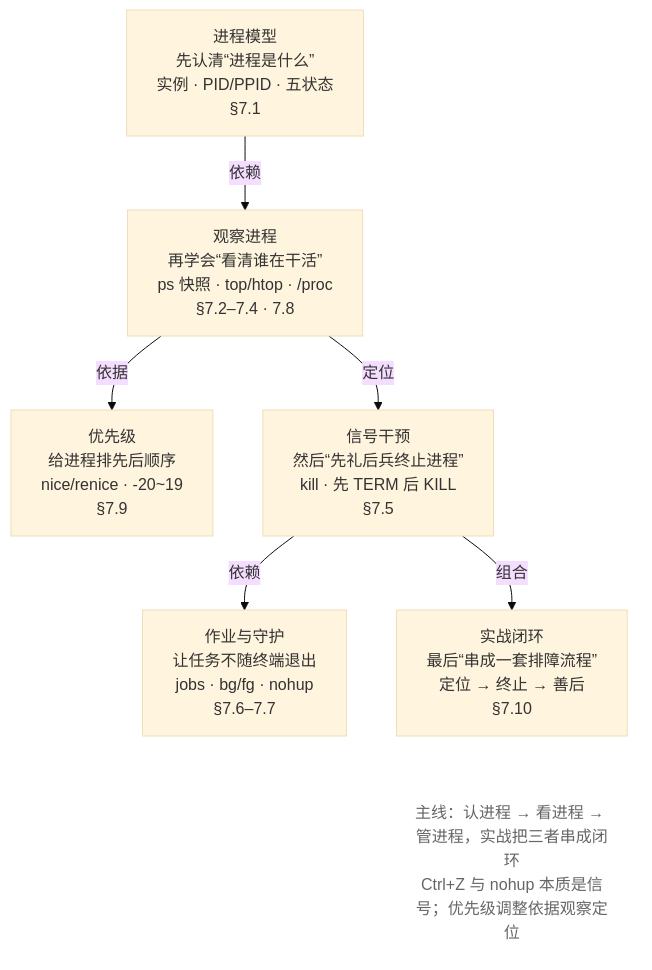
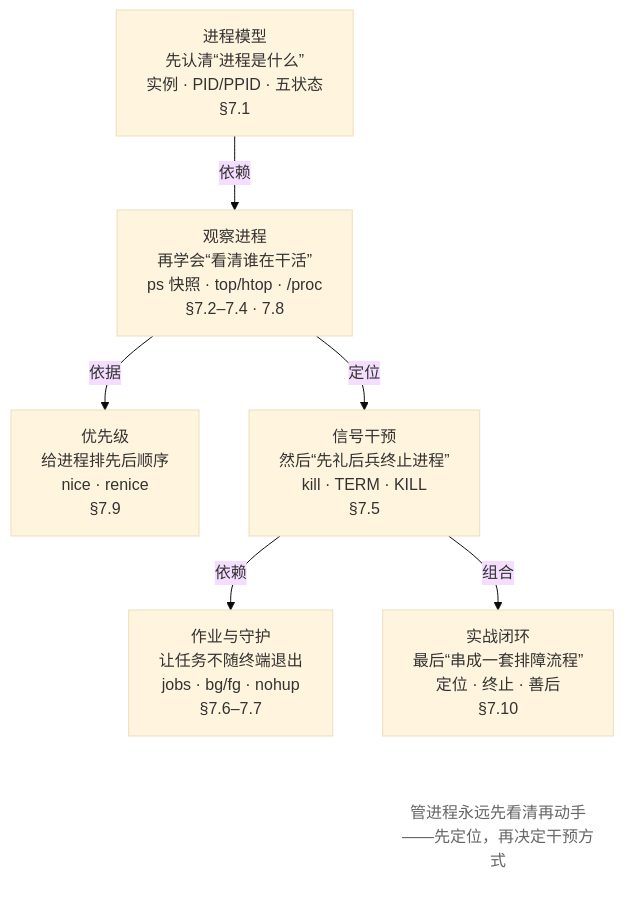
The first of 3 diagrams in src/linux-command/ch07.md (wangxiangnan/wangxiangnan.github.io), drawn with Mermaid (base theme) before and after one commit. The commit also changed other lines of this file and 25 other files, not shown here.

````diff
--- a/src/linux-command/ch07.md
+++ b/src/linux-command/ch07.md
@@ -14,20 +14,20 @@
 ```mermaid
 flowchart TB
     A["进程模型<br>先认清“进程是什么”<br>实例 · PID/PPID · 五状态<br>§7.1"]
     B["观察进程<br>再学会“看清谁在干活”<br>ps 快照 · top/htop · /proc<br>§7.2–7.4 · 7.8"]
-    C["优先级<br>给进程排先后顺序<br>nice/renice · -20~19<br>§7.9"]
-    D["信号干预<br>然后“先礼后兵终止进程”<br>kill · 先 TERM 后 KILL<br>§7.5"]
+    C["优先级<br>给进程排先后顺序<br>nice · renice<br>§7.9"]
+    D["信号干预<br>然后“先礼后兵终止进程”<br>kill · TERM · KILL<br>§7.5"]
     E["作业与守护<br>让任务不随终端退出<br>jobs · bg/fg · nohup<br>§7.6–7.7"]
-    F["实战闭环<br>最后“串成一套排障流程”<br>定位 → 终止 → 善后<br>§7.10"]
-    NOTE["主线：认进程 → 看进程 → 管进程，实战把三者串成闭环<br>Ctrl+Z 与 nohup 本质是信号；优先级调整依据观察定位"]
+    F["实战闭环<br>最后“串成一套排障流程”<br>定位 · 终止 · 善后<br>§7.10"]
+    NOTE["管进程永远先看清再动手——先定位，再决定干预方式"]
 
     A -->|依赖| B
     B -->|依据| C
     B -->|定位| D
     D -->|依赖| E
     D -->|组合| F
     F ~~~ NOTE
 
     classDef note fill:none,stroke:none,color:#666
     class NOTE note
 ```
````
